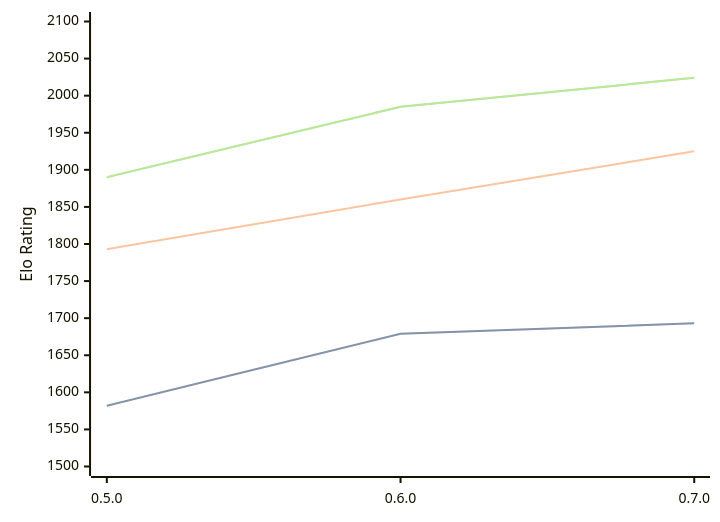
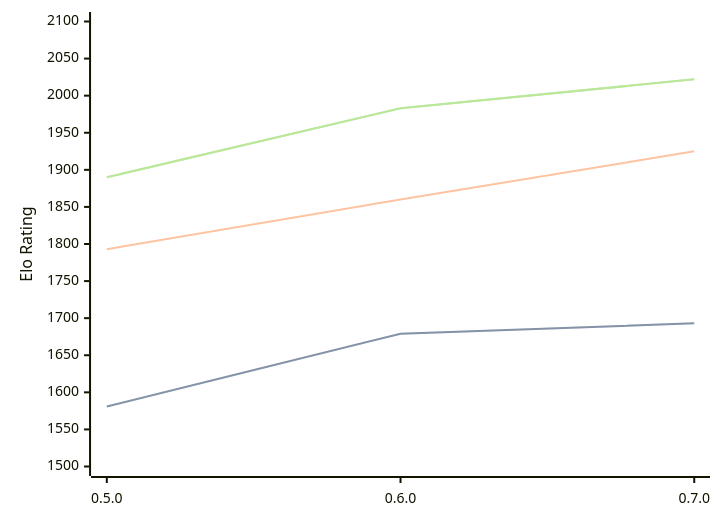
One commit to computer-chess-index/cci changed the diagram in engines/Chess-rs.md. Above: the diagram before and after it, drawn with Mermaid. The commit also changed other lines of this file, not shown here.

Commit message:
Update CCI Ratings (ELO VLTC) - 2026-09-08

````diff
--- a/engines/Chess-rs.md
+++ b/engines/Chess-rs.md
@@ -33,11 +33,11 @@
 ```mermaid
 %%{init: {"theme":"base","themeVariables":{"seriesColors:['#a3a3a3','#222221','#faa371']}}}%%
 xychart-beta
   x-axis ["0.5.0", "0.6.0", "0.7.0"]
   y-axis "Elo Rating" 1500 --> 2100
-  line "" [1582, 1679, 1693]
-  line "STC (8.0+0.08s)" [1582, 1679, 1693]
+  line "" [1581, 1679, 1693]
+  line "STC (8.0+0.08s)" [1581, 1679, 1693]
   line "LTC (60.0+0.60s)" [1793, 1860, 1925]
-  line "" [1890, 1985, 2024]
-  line "VLTC (2m24s+1.12s)" [1890, 1985, 2024]
+  line "" [1890, 1983, 2022]
+  line "VLTC (2m24s+1.12s)" [1890, 1983, 2022]
 ```
````
